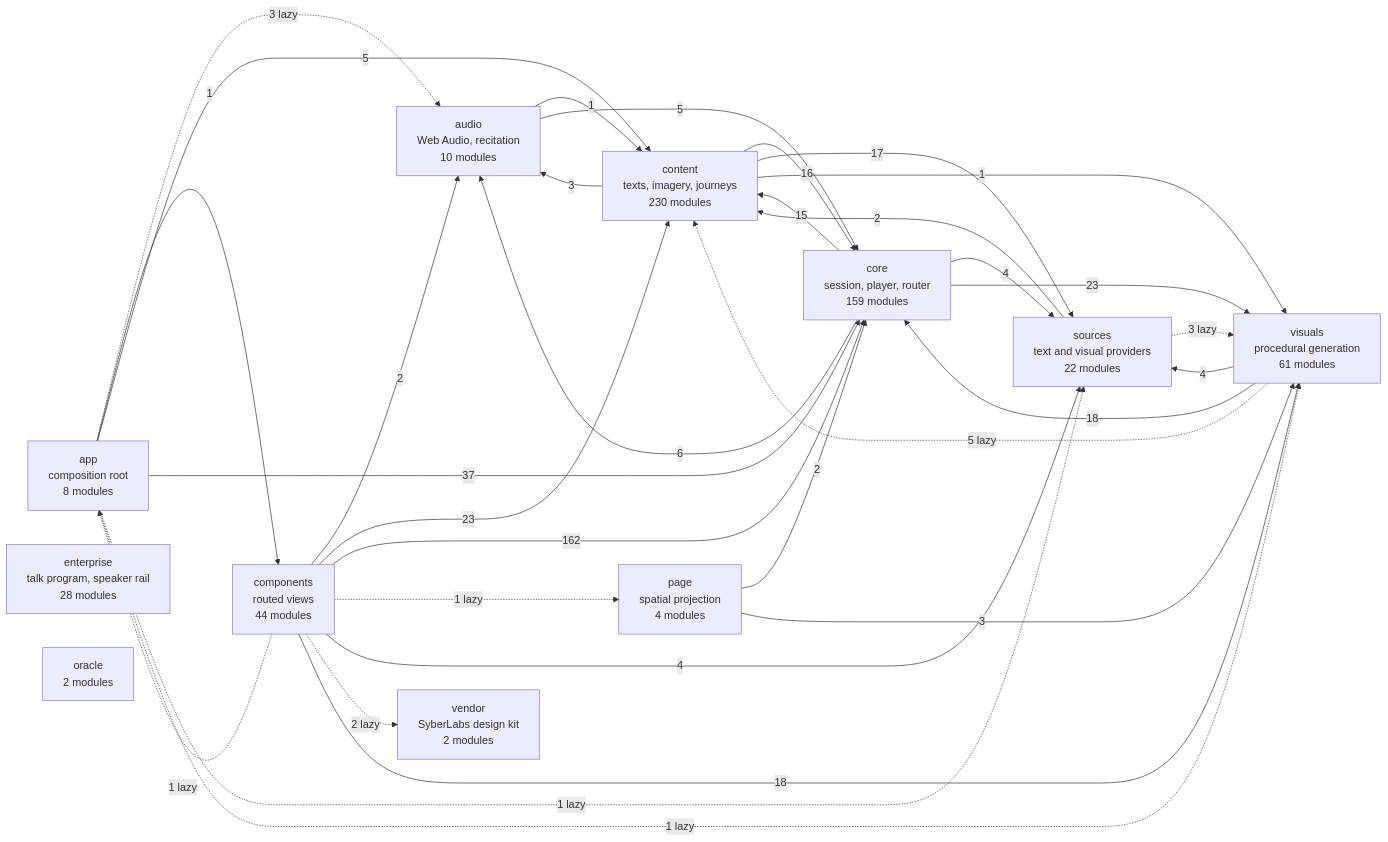
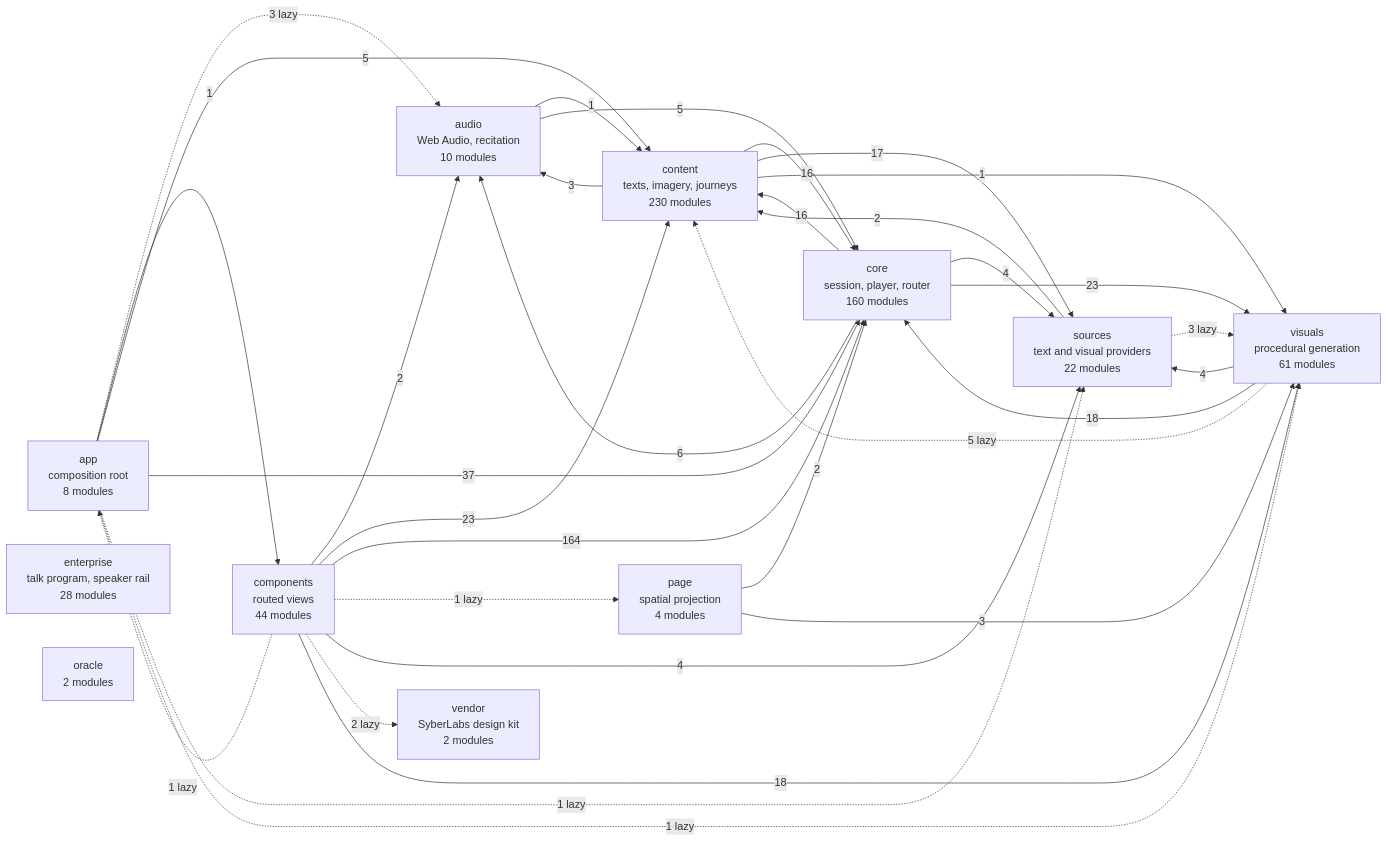
Before and after one commit to SyberLabs/RISE: the diagram in docs/specs/ARCHITECTURE.md, drawn with Mermaid. The commit also changed other lines of this file and 20 other files, not shown here.

````diff
--- a/docs/specs/ARCHITECTURE.md
+++ b/docs/specs/ARCHITECTURE.md
@@ -160,46 +160,46 @@
 ```mermaid
 flowchart LR
     app["app<br/>composition root<br/>8 modules"]
     audio["audio<br/>Web Audio, recitation<br/>10 modules"]
     components["components<br/>routed views<br/>44 modules"]
     content["content<br/>texts, imagery, journeys<br/>230 modules"]
-    core["core<br/>session, player, router<br/>159 modules"]
+    core["core<br/>session, player, router<br/>160 modules"]
     enterprise["enterprise<br/>talk program, speaker rail<br/>28 modules"]
     oracle["oracle<br/>2 modules"]
     page["page<br/>spatial projection<br/>4 modules"]
     sources["sources<br/>text and visual providers<br/>22 modules"]
     vendor["vendor<br/>SyberLabs design kit<br/>2 modules"]
     visuals["visuals<br/>procedural generation<br/>61 modules"]
 
     app -.-> |3 lazy| audio
     app --> |1| components
     app --> |5| content
     app --> |37| core
     app -.-> |1 lazy| sources
     app -.-> |1 lazy| visuals
     audio --> |1| content
     audio --> |5| core
     components -.-> |1 lazy| app
     components --> |2| audio
     components --> |23| content
-    components --> |162| core
+    components --> |164| core
     components -.-> |1 lazy| page
     components --> |4| sources
     components -.-> |2 lazy| vendor
     components --> |18| visuals
     content --> |3| audio
     content --> |16| core
     content --> |17| sources
     content --> |1| visuals
     core --> |6| audio
-    core --> |15| content
+    core --> |16| content
     core --> |4| sources
     core --> |23| visuals
     page --> |2| core
     page --> |3| visuals
     sources --> |2| content
     sources -.-> |3 lazy| visuals
     visuals -.-> |5 lazy| content
     visuals --> |18| core
     visuals --> |4| sources
 ```
````
